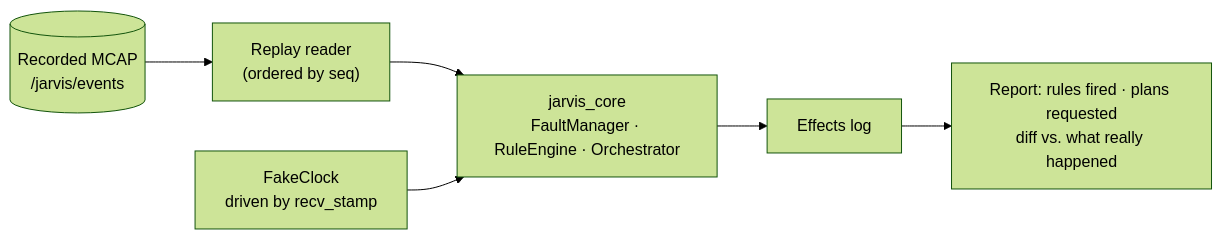
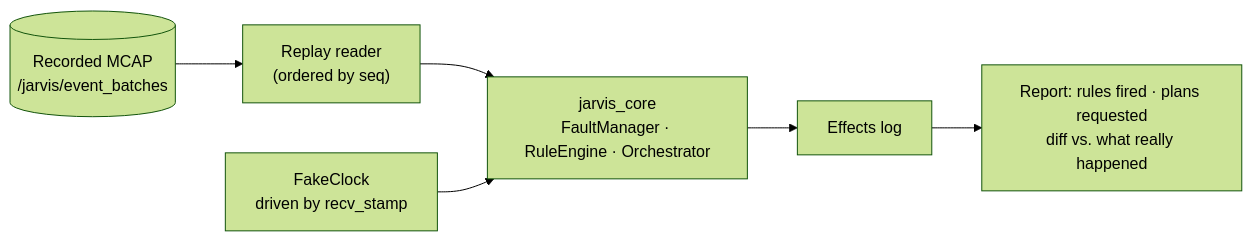
One commit to guilyx/jarvis_ros2 changed the tenth of 10 diagrams in docs/design/04-data-flow.md. Above: the diagram before and after it, drawn with Mermaid (forest theme). The commit also changed other lines of this file and 47 other files, not shown here.

````diff
--- a/docs/design/04-data-flow.md
+++ b/docs/design/04-data-flow.md
@@ -245,8 +247,8 @@
 ```mermaid
 flowchart LR
-  BAG[("Recorded MCAP<br/>/jarvis/events")] --> RR["Replay reader<br/>(ordered by seq)"]
+  BAG[("Recorded MCAP<br/>/jarvis/event_batches")] --> RR["Replay reader<br/>(ordered by seq)"]
   RR --> CORE["jarvis_core<br/>FaultManager · RuleEngine · Orchestrator"]
   CK["FakeClock<br/>driven by recv_stamp"] --> CORE
   CORE --> FX["Effects log"]
   FX --> DIFF["Report: rules fired · plans requested<br/>diff vs. what really happened"]
 ```
````
